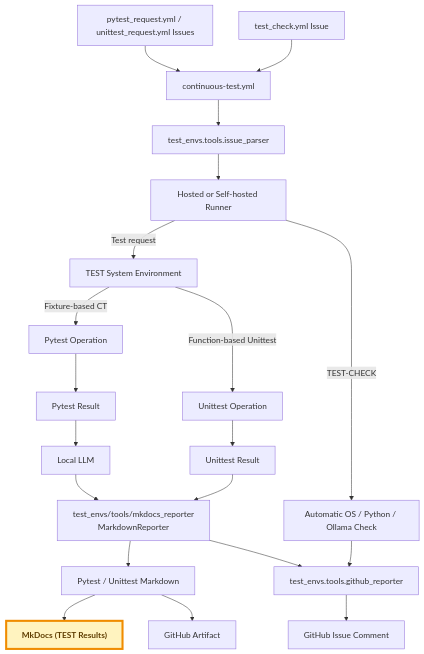
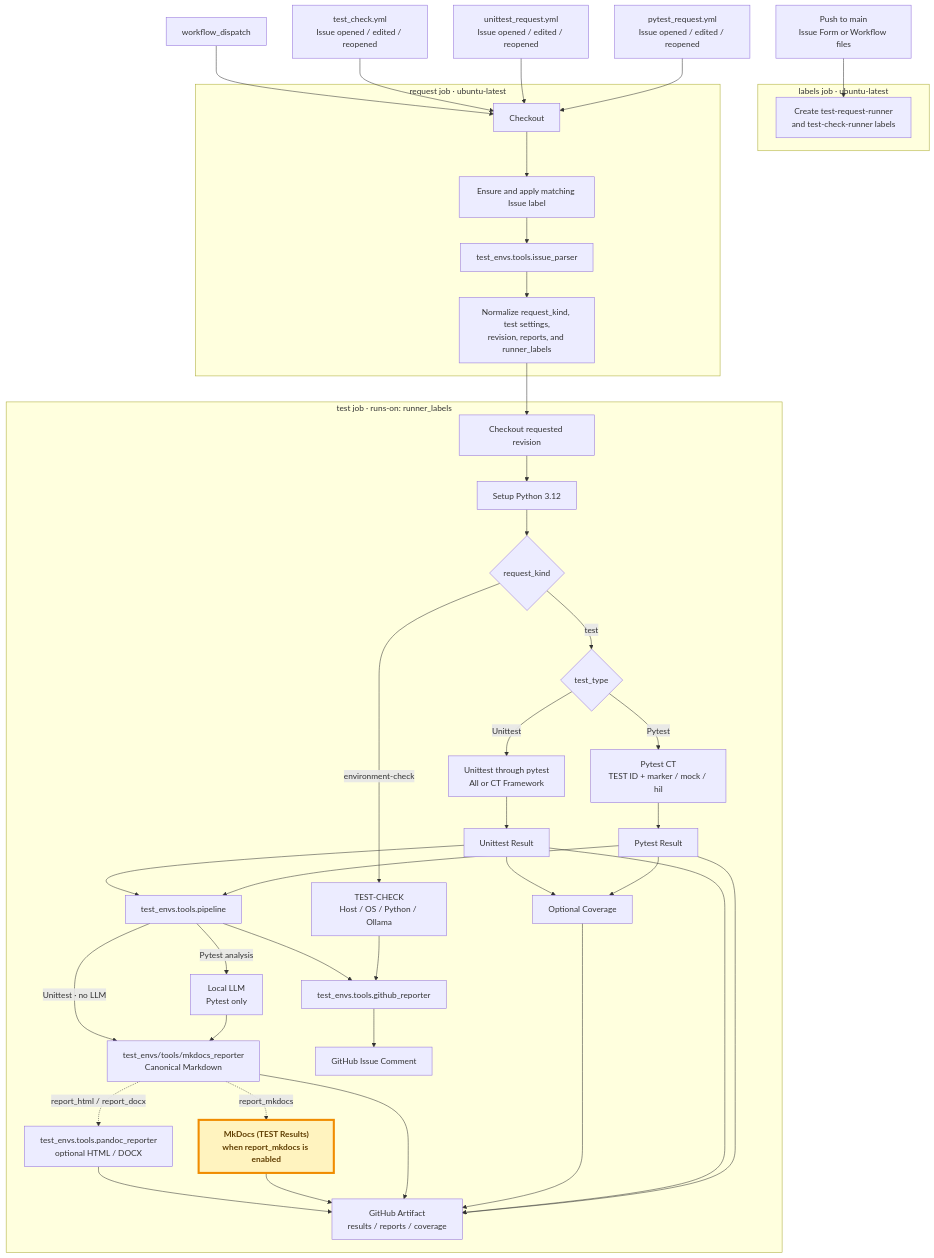
Before and after one commit to JeonghunLee/AI-driven-CI-CT: the second of 2 diagrams in docs/index.md, drawn with Mermaid. The commit also changed other lines of this file, not shown here.

Commit message:
feat: Enhance flowchart for continuous testing workflow with detailed job descriptions and artifact handling

````diff
--- a/docs/index.md
+++ b/docs/index.md
@@ -127,40 +127,73 @@
 ```mermaid
 flowchart TD
-    REQUEST[pytest_request.yml / unittest_request.yml Issues]
-    CHECK_REQUEST[test_check.yml Issue]
-    WORKFLOW[continuous-test.yml]
-    PARSER[test_envs.tools.issue_parser]
-    RUNNER[Hosted or Self-hosted Runner]
-    ENV[TEST System Environment]
-    ENV_CHECK[Automatic OS / Python / Ollama Check]
-    PYTEST[Pytest Operation]
-    UNITTEST[Unittest Operation]
-    PYTEST_RESULT[Pytest Result]
-    UNITTEST_RESULT[Unittest Result]
-    LLM[Local LLM]
-    REPORTER["test_envs/tools/mkdocs_reporter<br/>MarkdownReporter"]
-    GITHUB_REPORTER[test_envs.tools.github_reporter]
-    MARKDOWN["Pytest / Unittest Markdown"]
-    MKDOCS["MkDocs (TEST Results)"]
-    ISSUE[GitHub Issue Comment]
-    ARTIFACT[GitHub Artifact]
+    PUSH["Push to main<br/>Issue Form or Workflow files"]
+    PYTEST_ISSUE["pytest_request.yml<br/>Issue opened / edited / reopened"]
+    UNITTEST_ISSUE["unittest_request.yml<br/>Issue opened / edited / reopened"]
+    CHECK_ISSUE["test_check.yml<br/>Issue opened / edited / reopened"]
+    MANUAL[workflow_dispatch]
 
-    REQUEST --> WORKFLOW
-    CHECK_REQUEST --> WORKFLOW
-    WORKFLOW --> PARSER --> RUNNER
-    RUNNER -->|Test request| ENV
-    RUNNER -->|TEST-CHECK| ENV_CHECK --> GITHUB_REPORTER --> ISSUE
-    ENV -->|Fixture-based CT| PYTEST
-    ENV -->|Function-based Unittest| UNITTEST
+    subgraph LABEL_JOB["labels job · ubuntu-latest"]
+        LABELS["Create test-request-runner<br/>and test-check-runner labels"]
+    end
 
-    PYTEST --> PYTEST_RESULT --> LLM --> REPORTER
-    UNITTEST --> UNITTEST_RESULT --> REPORTER
+    subgraph REQUEST_JOB["request job · ubuntu-latest"]
+        CHECKOUT_REQUEST[Checkout]
+        APPLY_LABEL[Ensure and apply matching Issue label]
+        PARSER[test_envs.tools.issue_parser]
+        OUTPUTS["Normalize request_kind, test settings,<br/>revision, reports, and runner_labels"]
 
-    REPORTER --> MARKDOWN
-    MARKDOWN --> MKDOCS
-    REPORTER --> GITHUB_REPORTER
-    MARKDOWN --> ARTIFACT
+        CHECKOUT_REQUEST --> APPLY_LABEL --> PARSER --> OUTPUTS
+    end
+
+    subgraph TEST_JOB["test job · runs-on: runner_labels"]
+        CHECKOUT_TEST[Checkout requested revision]
+        SETUP_PYTHON[Setup Python 3.12]
+        REQUEST_KIND{request_kind}
+        ENV_CHECK["TEST-CHECK<br/>Host / OS / Python / Ollama"]
+        TEST_TYPE{test_type}
+        PYTEST["Pytest CT<br/>TEST ID + marker / mock / hil"]
+        UNITTEST["Unittest through pytest<br/>All or CT Framework"]
+        PYTEST_RESULT[Pytest Result]
+        UNITTEST_RESULT[Unittest Result]
+        COVERAGE[Optional Coverage]
+        PIPELINE[test_envs.tools.pipeline]
+        LLM["Local LLM<br/>Pytest only"]
+        REPORTER["test_envs/tools/mkdocs_reporter<br/>Canonical Markdown"]
+        MKDOCS["MkDocs (TEST Results)<br/>when report_mkdocs is enabled"]
+        PANDOC["test_envs.tools.pandoc_reporter<br/>optional HTML / DOCX"]
+        GITHUB_REPORTER[test_envs.tools.github_reporter]
+        ISSUE[GitHub Issue Comment]
+        ARTIFACT["GitHub Artifact<br/>results / reports / coverage"]
+
+        CHECKOUT_TEST --> SETUP_PYTHON --> REQUEST_KIND
+        REQUEST_KIND -->|environment-check| ENV_CHECK --> GITHUB_REPORTER
+        REQUEST_KIND -->|test| TEST_TYPE
+        TEST_TYPE -->|Pytest| PYTEST --> PYTEST_RESULT
+        TEST_TYPE -->|Unittest| UNITTEST --> UNITTEST_RESULT
+        PYTEST_RESULT --> COVERAGE
+        UNITTEST_RESULT --> COVERAGE
+        PYTEST_RESULT --> PIPELINE
+        UNITTEST_RESULT --> PIPELINE
+        PIPELINE -->|Pytest analysis| LLM --> REPORTER
+        PIPELINE -->|Unittest · no LLM| REPORTER
+        REPORTER -. report_mkdocs .-> MKDOCS
+        REPORTER -. report_html / report_docx .-> PANDOC
+        PIPELINE --> GITHUB_REPORTER --> ISSUE
+        PYTEST_RESULT --> ARTIFACT
+        UNITTEST_RESULT --> ARTIFACT
+        COVERAGE --> ARTIFACT
+        REPORTER --> ARTIFACT
+        MKDOCS --> ARTIFACT
+        PANDOC --> ARTIFACT
+    end
+
+    PUSH --> LABELS
+    PYTEST_ISSUE --> CHECKOUT_REQUEST
+    UNITTEST_ISSUE --> CHECKOUT_REQUEST
+    CHECK_ISSUE --> CHECKOUT_REQUEST
+    MANUAL --> CHECKOUT_REQUEST
+    OUTPUTS --> CHECKOUT_TEST
 
     classDef testResults fill:#fff3bf,stroke:#f08c00,stroke-width:4px,color:#5f3d00,font-weight:bold
     class MKDOCS testResults
 ```
````
